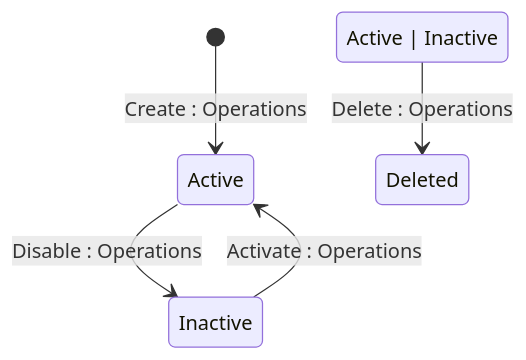
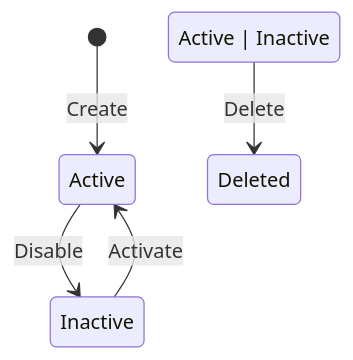
Before and after one commit to mikhailtchesnokov/gitbook: the diagram in developer-resources/rest-api/catalog-api/pricingpolicy/state-diagram.md, drawn with Mermaid. The commit also changed 151 other files, not shown here.

````diff
--- a/developer-resources/rest-api/catalog-api/pricingpolicy/state-diagram.md
+++ b/developer-resources/rest-api/catalog-api/pricingpolicy/state-diagram.md
@@ -13,8 +13,8 @@
 ```mermaid
 stateDiagram-v2
     state "Active | Inactive" as Active_Inactive
-    [*] --> Active : Create : Operations
-    Active --> Inactive : Disable : Operations
-    Inactive --> Active : Activate : Operations
-    Active_Inactive --> Deleted : Delete : Operations
+    [*] --> Active : Create
+    Active --> Inactive : Disable
+    Inactive --> Active : Activate
+    Active_Inactive --> Deleted : Delete
 ```
````
